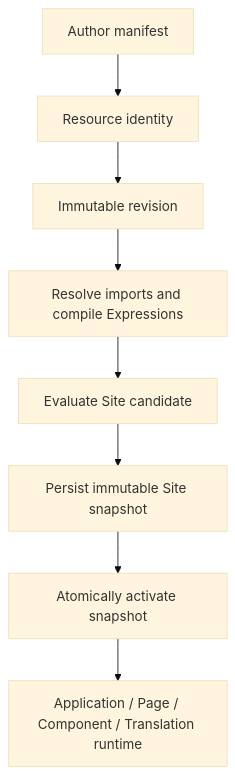
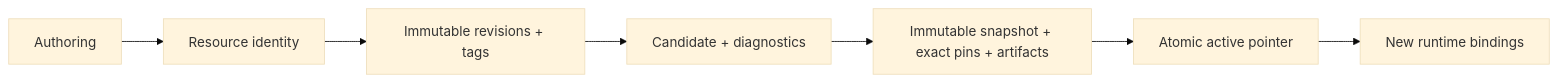
One commit to taskmigo/docs changed the first of 3 diagrams in content/versions/v0/developer/database.mdx. Above: the diagram before and after it, drawn with Mermaid (base theme). The commit also changed other lines of this file and 25 other files, not shown here.

````diff
--- a/content/versions/v0/developer/database.mdx
+++ b/content/versions/v0/developer/database.mdx
@@ -12,10 +10,9 @@
 ```mermaid
-flowchart TD
-  author["Author manifest"] --> resource["Resource identity"]
-  resource --> revision["Immutable revision"]
-  revision --> resolve["Resolve imports and compile Expressions"]
-  resolve --> candidate["Evaluate Site candidate"]
-  candidate --> snapshot["Persist immutable Site snapshot"]
-  snapshot --> activate["Atomically activate snapshot"]
-  activate --> runtime["Application / Page / Component / Translation runtime"]
+flowchart LR
+  author["Authoring"] --> resource["Resource identity"]
+  resource --> revision["Immutable revisions + tags"]
+  revision --> candidate["Candidate + diagnostics"]
+  candidate --> snapshot["Immutable snapshot + exact pins + artifacts"]
+  snapshot --> active["Atomic active pointer"]
+  active --> binding["New runtime bindings"]
 ```
````
